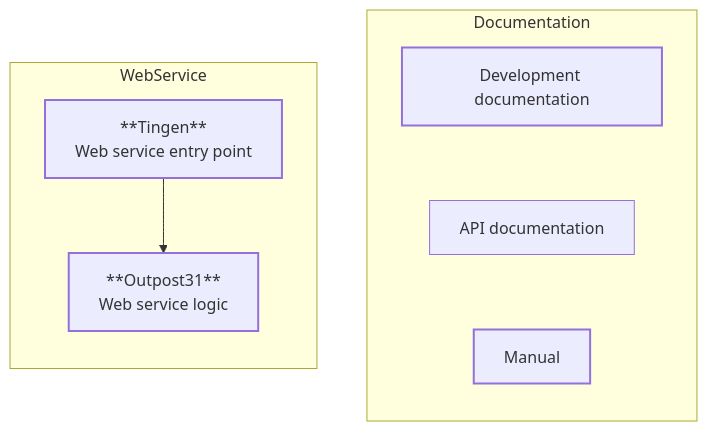
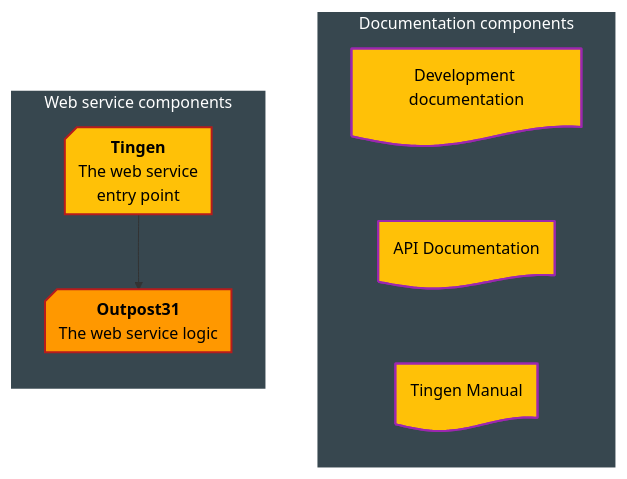
Before and after one commit to spectrum-health-systems/tingen-documentation: the first of 3 diagrams in Development/Development-processes.md, drawn with Mermaid. The commit also changed other lines of this file and 4 other files, not shown here.

````diff
--- a/Development/Development-processes.md
+++ b/Development/Development-processes.md
@@ -23,21 +23,36 @@
 ```mermaid
 flowchart TB
-  subgraph Documentation
-    direction TB
-	  DevelopmentDocumentation["Development documentation"] ~~~ ApiDocumentation["API documentation"] 
-	  ApiDocumentation["API documentation"] ~~~ Manual["Manual"]
+  subgraph Documentation["Documentation components"]
+      direction TB
+      %% Components
+      DevelopmentDocumentation@{shape: doc, label: "Development documentation"}
+      ApiDocumentation@{shape: doc, label: "API Documentation"}
+      Manual@{shape: doc, label: "Tingen Manual"}
+      %% Layout
+      DevelopmentDocumentation ~~~ ApiDocumentation ~~~ Manual
   end
-  subgraph WebService
-    direction TB
-	  Tingen["**Tingen**<br>Web service entry point"] --> Outpost31["**Outpost31**<br>Web service logic"] 
+  subgraph WebService["Web service components"]
+      direction TB
+      %% Components
+      Tingen@{shape: notch-rect, label: "**Tingen**<br/>The web service<br/>entry point"}
+      Outpost31@{shape: notch-rect, label: "**Outpost31**<br/>The web service logic"}
+      %% Layout
+      Tingen --> Outpost31
   end
-
-  classDef allNodes stroke-width:2px;
-  class DevelopmentDocumentation,ApiDocumentationt,Manual,Tingen,Outpost31 allNodes;
-  
+  %% Styles #f7dc6f #f5b041 #b9770e
+  style WebService color:#FFF,fill:#37474f,stroke:#FFF,stroke-width:2px
+  style Tingen color:#000,fill:#ffc107,stroke:#b71c1c,stroke-width:2px
+  style Outpost31 color:#000,fill:#ff9800,stroke:#b71c1c,stroke-width:2px
+  style Documentation color:#FFF,fill:#37474f,stroke:#FFF,stroke-width:2px
+  style DevelopmentDocumentation color:#000,fill:#ffc107,stroke:#9c27b0,stroke-width:2px
+  style ApiDocumentation color:#000,fill:#ffc107,stroke:#9c27b0,stroke-width:2px
+  style Manual color:#000,fill:#ffc107,stroke:#9c27b0,stroke-width:2px
+  %% Links 
   click Tingen "https://github.com/spectrum-health-systems/Tingen_development"
   click Outpost31 "https://github.com/spectrum-health-systems/Outpost31"
-  click Manual "https://github.com/spectrum-health-systems/Tingen-Documentation/blob/main/Manual/Tingen-Manual.md"
   click DevelopmentDocumentation "https://github.com/spectrum-health-systems/Tingen-Documentation/blob/main/Development"
-  click ApiDocumentation "https://github.com/spectrum-health-systems/Tingen-Documentation/blob/main/docs/README.md"
+  click ApiDocumentation "https://github.com/spectrum-health-systems/Tingen-Documentation/blob/main/docs"
+  click Manual "https://github.com/spectrum-health-systems/Tingen-Documentation/blob/main/Manual"
+
+
 ```
````
